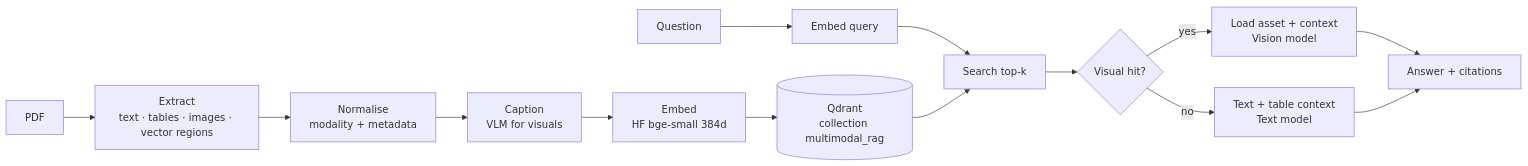
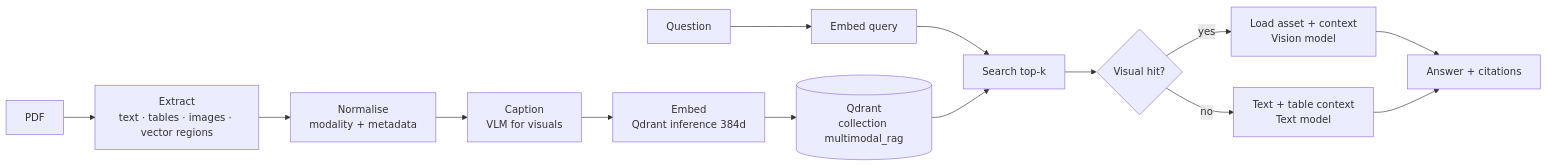
The first of 2 diagrams in multimodal-RAG/ARCHITECTURE.md (umer-2k1/agentic-ai-examples), drawn with Mermaid before and after one commit. The commit also changed other lines of this file and 1 other file, not shown here.

Commit message:
docs(multimodal-rag): architecture, run instructions, Groq fallback

````diff
--- a/multimodal-RAG/ARCHITECTURE.md
+++ b/multimodal-RAG/ARCHITECTURE.md
@@ -35,16 +35,16 @@
 ```mermaid
 flowchart LR
   A[PDF] --> B[Extract<br/>text · tables · images · vector regions]
   B --> C[Normalise<br/>modality + metadata]
   C --> D[Caption<br/>VLM for visuals]
-  D --> E[Embed<br/>HF bge-small 384d]
+  D --> E[Embed<br/>Qdrant inference 384d]
   E --> F[(Qdrant<br/>collection multimodal_rag)]
   Q[Question] --> G[Embed query]
   G --> H[Search top-k]
   F --> H
   H --> I{Visual hit?}
   I -- yes --> J[Load asset + context<br/>Vision model]
   I -- no --> K[Text + table context<br/>Text model]
   J --> L[Answer + citations]
   K --> L
 ```
````
